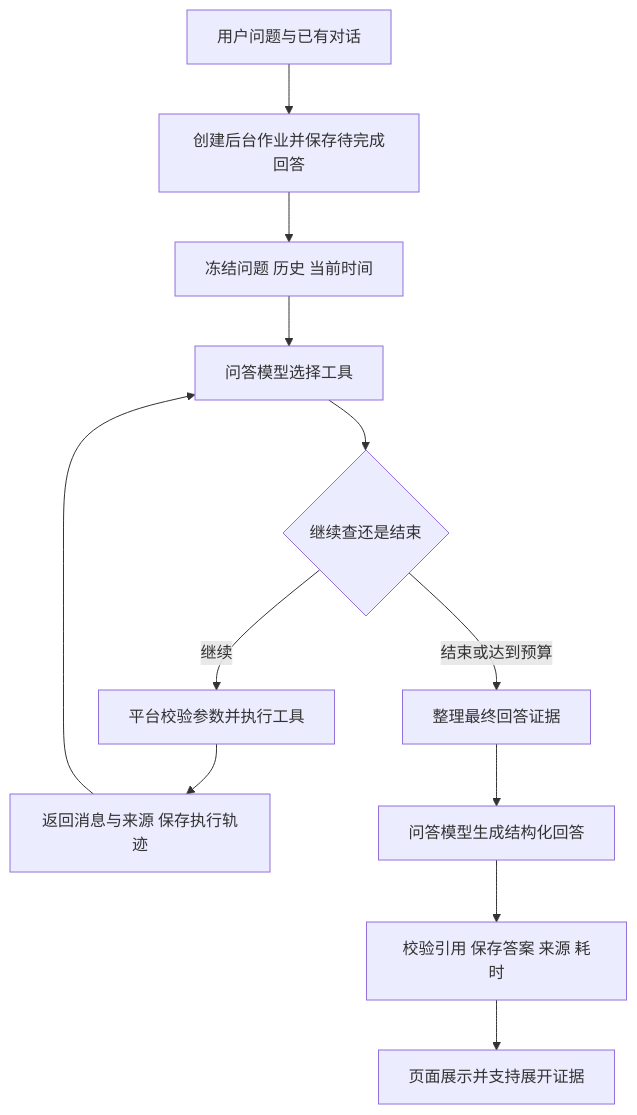
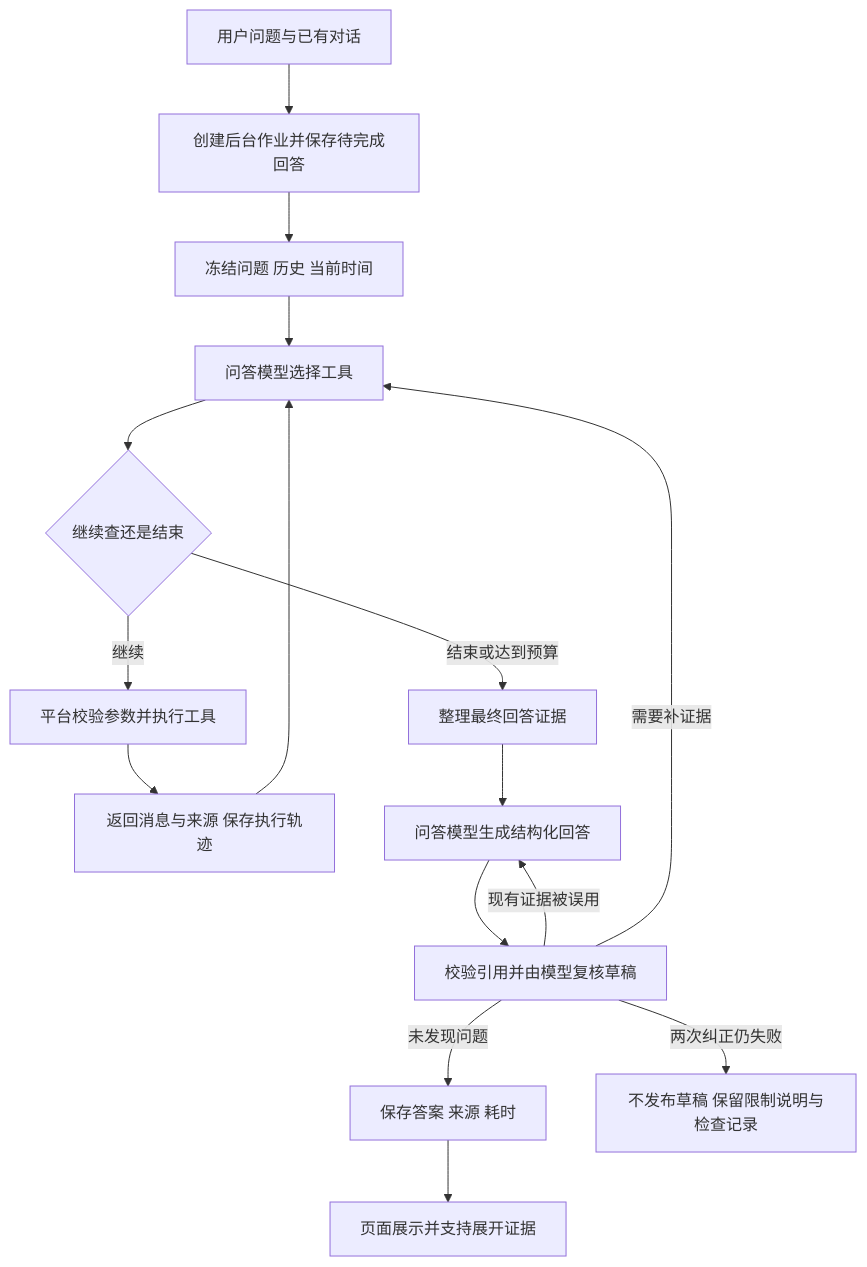
The second of 5 diagrams in docs/EXECUTION_FLOWS.zh-CN.md (Fongkai777/wechat-agent), drawn with Mermaid before and after one commit. The commit also changed other lines of this file and 40 other files, not shown here.

````diff
--- a/docs/EXECUTION_FLOWS.zh-CN.md
+++ b/docs/EXECUTION_FLOWS.zh-CN.md
@@ -37,14 +37,18 @@
 ```mermaid
 flowchart TD
     A[用户问题与已有对话] --> B[创建后台作业并保存待完成回答]
     B --> C[冻结问题 历史 当前时间]
     C --> D[问答模型选择工具]
     D --> E{继续查还是结束}
     E -->|继续| F[平台校验参数并执行工具]
     F --> G[返回消息与来源 保存执行轨迹]
     G --> D
     E -->|结束或达到预算| H[整理最终回答证据]
     H --> I[问答模型生成结构化回答]
-    I --> J[校验引用 保存答案 来源 耗时]
+    I --> R[校验引用并由模型复核草稿]
+    R -->|现有证据被误用| I
+    R -->|需要补证据| D
+    R -->|未发现问题| J[保存答案 来源 耗时]
+    R -->|两次纠正仍失败| L[不发布草稿 保留限制说明与检查记录]
     J --> K[页面展示并支持展开证据]
 ```
````
